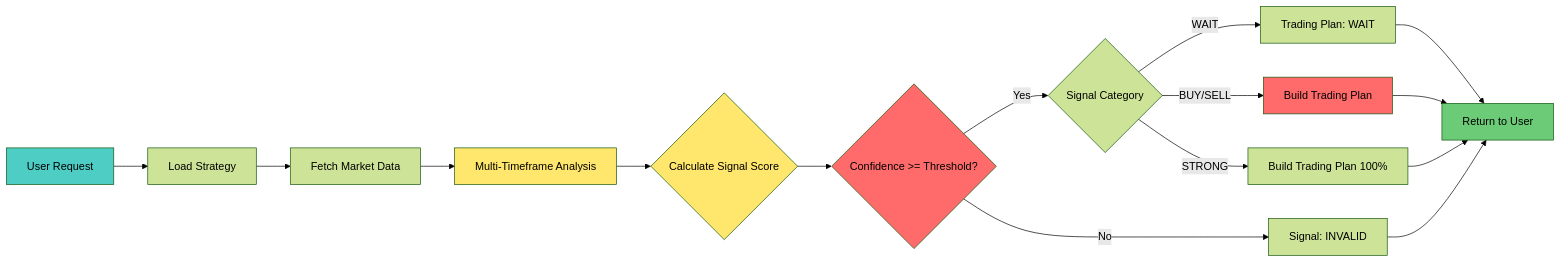
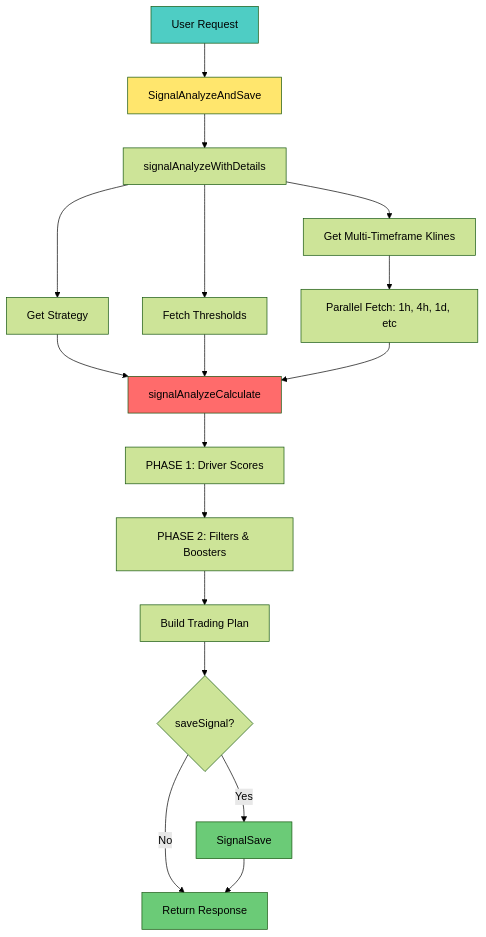
The diagram in be/docs/SIGNAL_ANALYZE_FLOW.md (reshap0318/TradingAnalyzer), drawn with Mermaid (forest theme) before and after one commit. The commit also changed other lines of this file, not shown here.

Commit message:
update doc signal analuze

````diff
--- a/be/docs/SIGNAL_ANALYZE_FLOW.md
+++ b/be/docs/SIGNAL_ANALYZE_FLOW.md
@@ -105,28 +108,31 @@
 ```mermaid
-graph LR
-    A[User Request] --> B[Load Strategy]
-    B --> C[Fetch Market Data]
-    C --> D[Multi-Timeframe Analysis]
+graph TD
+    A[User Request] --> B[SignalAnalyzeAndSave]
+    B --> C[signalAnalyzeWithDetails]
     
-    D --> E{Calculate Signal Score}
-    E --> F{Confidence >= Threshold?}
+    C --> D[Get Strategy]
+    C --> E[Fetch Thresholds]
+    C --> F[Get Multi-Timeframe Klines]
     
-    F -->|No| G[Signal: INVALID]
-    F -->|Yes| H{Signal Category}
+    F --> G[Parallel Fetch: 1h, 4h, 1d, etc]
     
-    H -->|WAIT| I[Trading Plan: WAIT]
-    H -->|BUY/SELL| J[Build Trading Plan]
-    H -->|STRONG| K[Build Trading Plan 100%]
+    D --> H[signalAnalyzeCalculate]
+    E --> H
+    G --> H
     
-    I --> L[Return to User]
-    J --> L
-    K --> L
-    G --> L
+    H --> I[PHASE 1: Driver Scores]
+    I --> J[PHASE 2: Filters & Boosters]
+    J --> K[Build Trading Plan]
+    
+    K --> L{saveSignal?}
+    L -->|Yes| M[SignalSave]
+    L -->|No| N[Return Response]
+    
+    M --> N
     
     style A fill:#4ecdc4
-    style D fill:#ffe66d
-    style E fill:#ffe66d
-    style F fill:#ff6b6b
-    style J fill:#ff6b6b
-    style L fill:#6bcb77
+    style B fill:#ffe66d
+    style H fill:#ff6b6b
+    style M fill:#6bcb77
+    style N fill:#6bcb77
 ```
````
